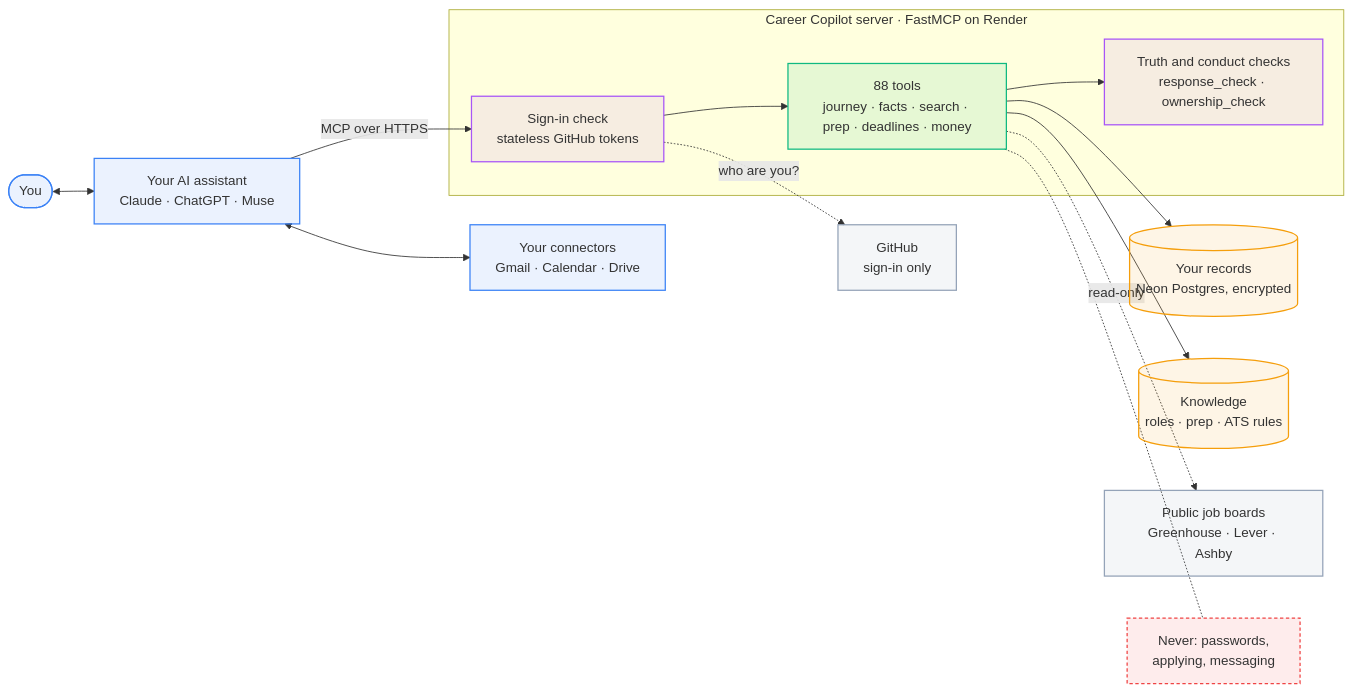
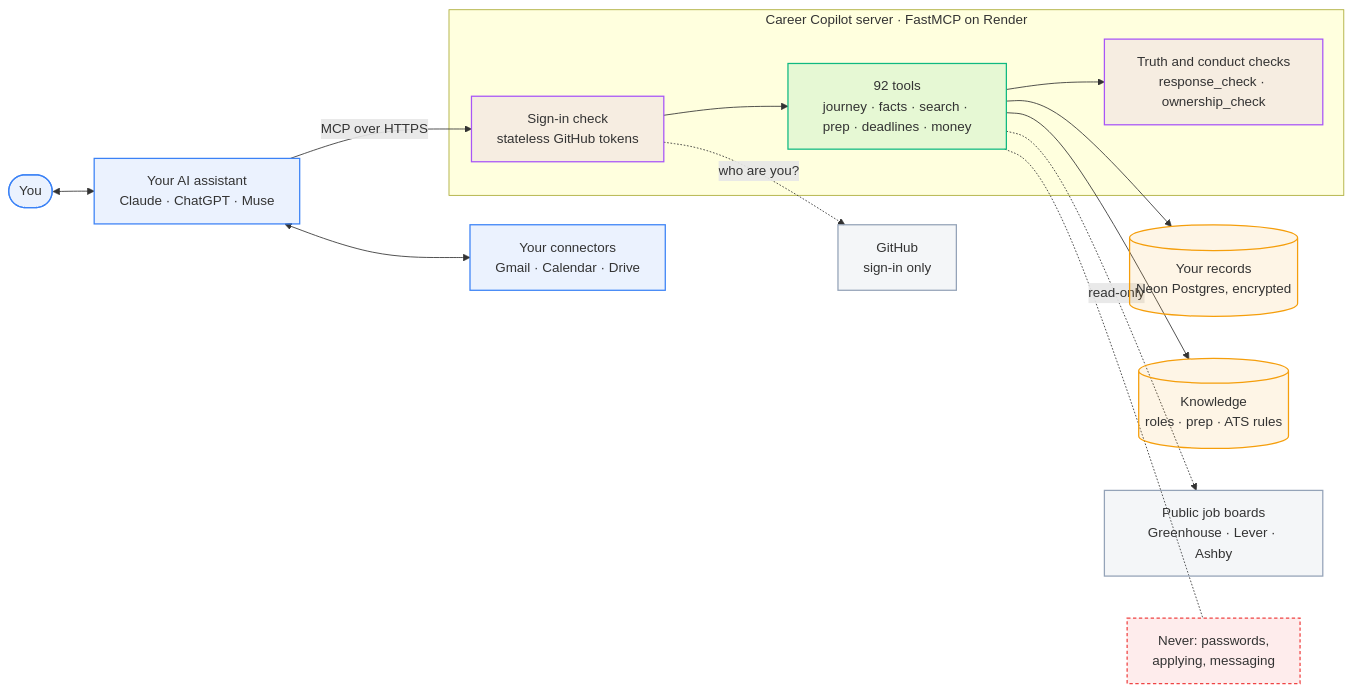
One commit to TusharSamantaray/career-copilot-mcp changed the first of 8 diagrams in docs/ARCHITECTURE.md. Above: the diagram before and after it, drawn with Mermaid. The commit also changed 11 other files, not shown here.

First line of the commit message:
feat: resume timeline with snapshots, diffs and proof

````diff
--- a/docs/ARCHITECTURE.md
+++ b/docs/ARCHITECTURE.md
@@ -42,35 +42,35 @@
 ```mermaid
 flowchart LR
   classDef person fill:#3B82F61A,stroke:#3B82F6,stroke-width:1.5px
   classDef copilot fill:#10B9811A,stroke:#10B981,stroke-width:1.5px
   classDef store fill:#F59E0B1A,stroke:#F59E0B,stroke-width:1.5px
   classDef ext fill:#94A3B81A,stroke:#94A3B8,stroke-width:1.5px
   classDef guard fill:#A855F71A,stroke:#A855F7,stroke-width:1.5px
   classDef never fill:#EF44441A,stroke:#EF4444,stroke-width:1.5px,stroke-dasharray:4 3
 
   you(["You"]):::person
   ai["Your AI assistant<br/>Claude · ChatGPT · Muse"]:::person
   own["Your connectors<br/>Gmail · Calendar · Drive"]:::person
 
   subgraph server["Career Copilot server · FastMCP on Render"]
     auth["Sign-in check<br/>stateless GitHub tokens"]:::guard
-    tools["88 tools<br/>journey · facts · search · prep · deadlines · money"]:::copilot
+    tools["92 tools<br/>journey · facts · search · prep · deadlines · money"]:::copilot
     checks["Truth and conduct checks<br/>response_check · ownership_check"]:::guard
   end
 
   db[("Your records<br/>Neon Postgres, encrypted")]:::store
   kb[("Knowledge<br/>roles · prep · ATS rules")]:::store
   gh["GitHub<br/>sign-in only"]:::ext
   boards["Public job boards<br/>Greenhouse · Lever · Ashby"]:::ext
   never["Never: passwords,<br/>applying, messaging"]:::never
 
   you <--> ai
   ai <--> own
   ai -- "MCP over HTTPS" --> auth --> tools
   tools --> checks
   tools --> db
   tools --> kb
   auth -. "who are you?" .-> gh
   tools -. "read-only" .-> boards
   tools -.- never
 ```
````
